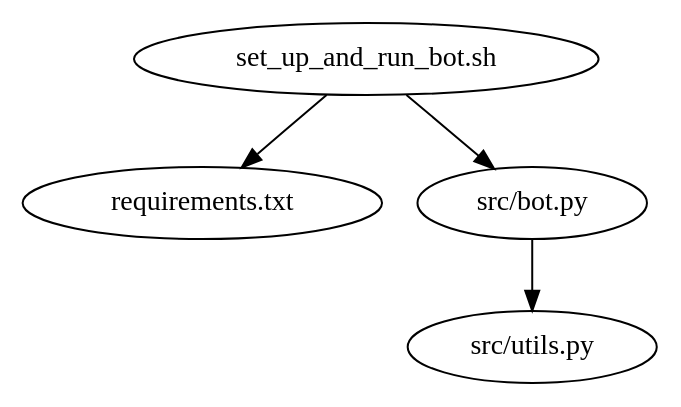
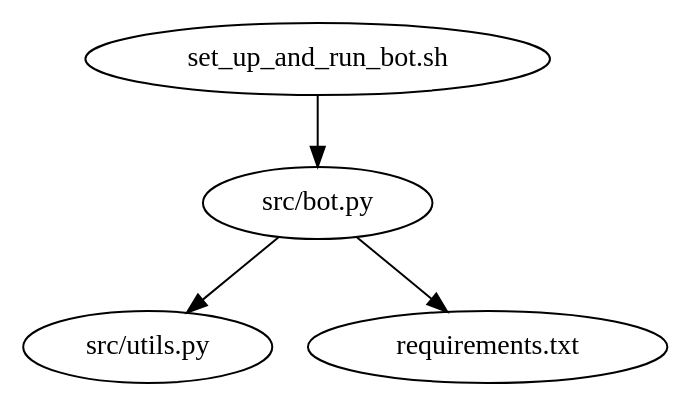
One commit to Josh-Joseph/gen-code-from-requirements-doc changed the diagram in generated_projects/local_discord_bot/project_design_document.md. Above: the diagram before and after it, drawn with Graphviz. The commit also changed other lines of this file and 26 other files, not shown here.

````diff
--- a/generated_projects/local_discord_bot/project_design_document.md
+++ b/generated_projects/local_discord_bot/project_design_document.md
@@ -34,7 +35,7 @@
 ```graphviz
 digraph G {
-    "set_up_and_run_bot.sh" -> "requirements.txt";
     "set_up_and_run_bot.sh" -> "src/bot.py";
     "src/bot.py" -> "src/utils.py";
+    "src/bot.py" -> "requirements.txt";
 }
 ```
````
